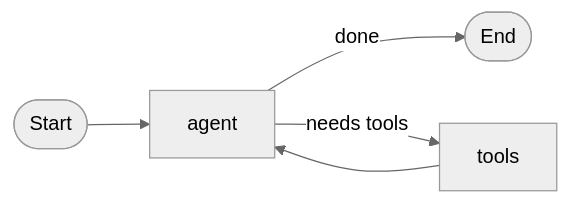
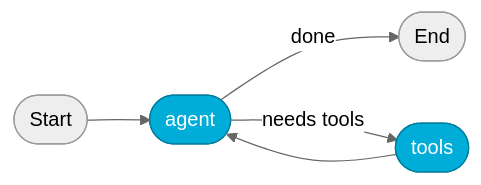
Before and after one commit to tomerfooks/minigraph: the first of 3 diagrams in README.md, drawn with Mermaid (neutral theme). The commit also changed other lines of this file, not shown here.

First line of the commit message:
Rework README: Go thesis, mermaid visuals, tighter copy

````diff
--- a/README.md
+++ b/README.md
@@ -43,7 +45,9 @@
 ```mermaid
 flowchart LR
-    Start([Start]) --> agent
-    agent -- done --> End([End])
-    agent -- needs tools --> tools
+    st([Start]) --> agent([agent])
+    agent -- done --> fin([End])
+    agent -- needs tools --> tools([tools])
     tools --> agent
+    classDef n fill:#00ADD8,stroke:#007d9c,color:#fff;
+    class agent,tools n;
 ```
````
